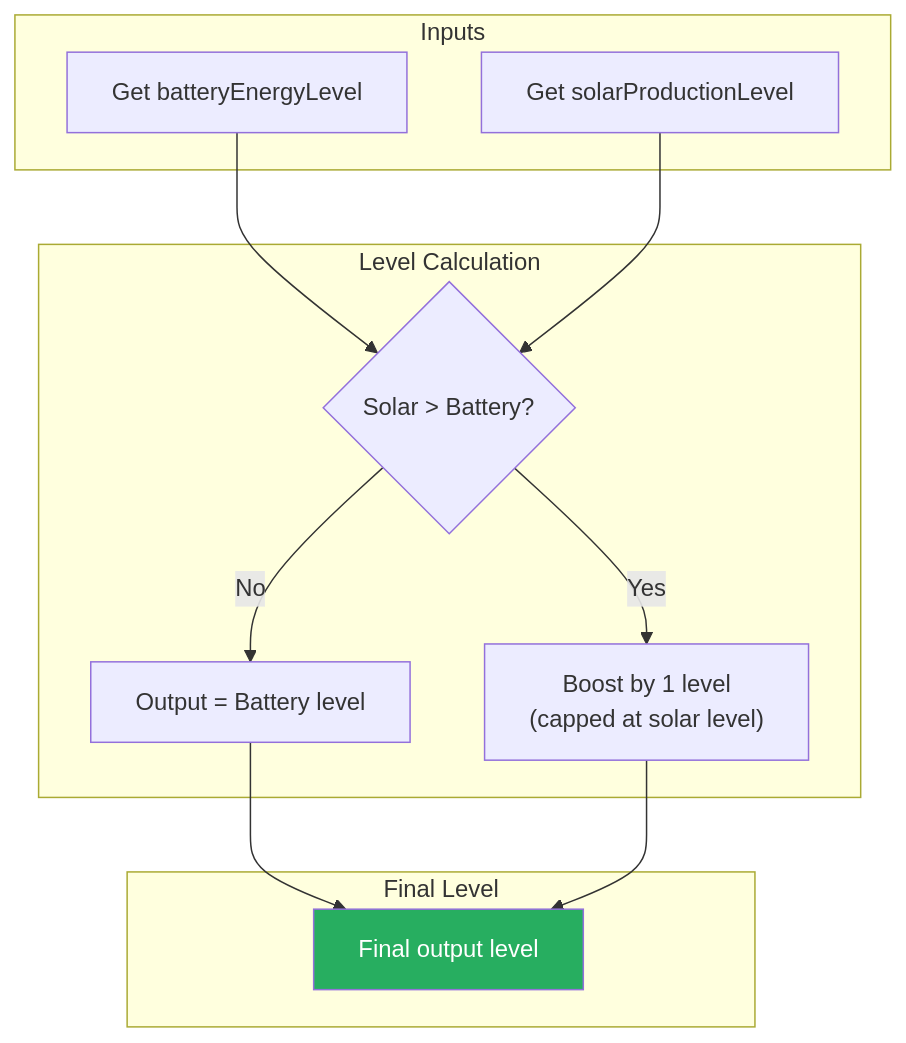
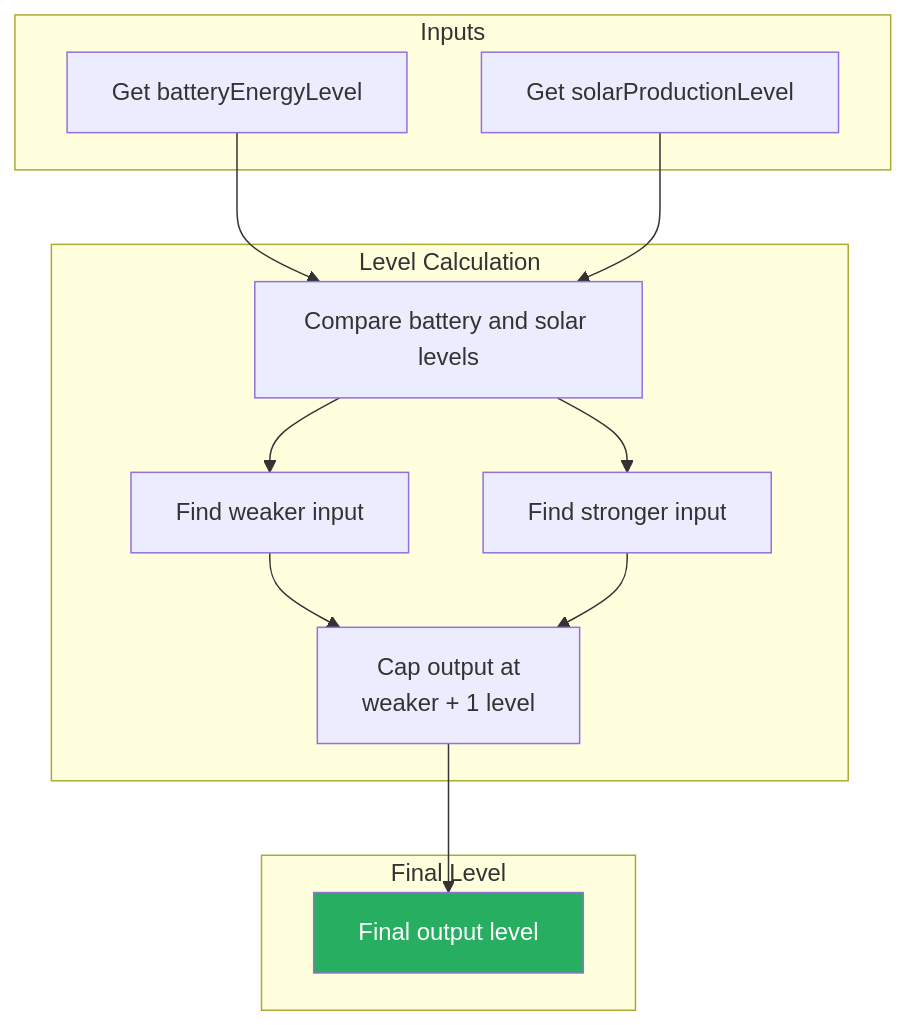
The second of 5 diagrams in docs/flows/ENERGY_MANAGEMENT.md (NickBorgers/home-automation), drawn with Mermaid before and after one commit. The commit also changed other lines of this file and 3 other files, not shown here.

Commit message:
fix: cap current energy level by weaker input

````diff
--- a/docs/flows/ENERGY_MANAGEMENT.md
+++ b/docs/flows/ENERGY_MANAGEMENT.md
@@ -57,26 +57,28 @@
 ```mermaid
 flowchart TD
     subgraph Inputs["Inputs"]
         battLevel["Get batteryEnergyLevel"]
         solarLevel["Get solarProductionLevel"]
     end
 
     subgraph Calculate["Level Calculation"]
-        compare{"Solar > Battery?"}
-        useBase["Output = Battery level"]
-        boost["Boost by 1 level<br/>(capped at solar level)"]
+        compare["Compare battery and solar levels"]
+        weaker["Find weaker input"]
+        stronger["Find stronger input"]
+        cap["Cap output at<br/>weaker + 1 level"]
     end
 
     subgraph Result["Final Level"]
         calculated["Final output level"]
     end
 
     battLevel --> compare
     solarLevel --> compare
-    compare -->|No| useBase
-    compare -->|Yes| boost
-    useBase --> calculated
-    boost --> calculated
+    compare --> weaker
+    compare --> stronger
+    weaker --> cap
+    stronger --> cap
+    cap --> calculated
 
     style calculated fill:#27ae60,color:#fff
 ```
````
